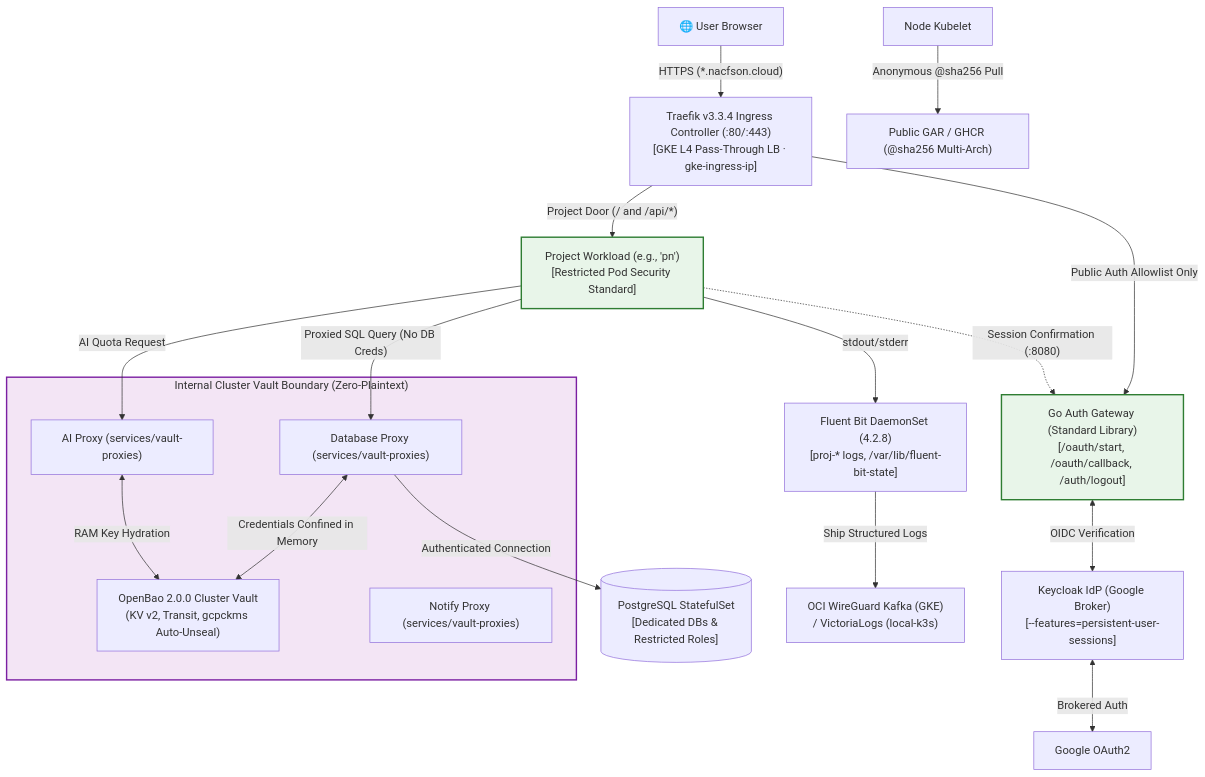
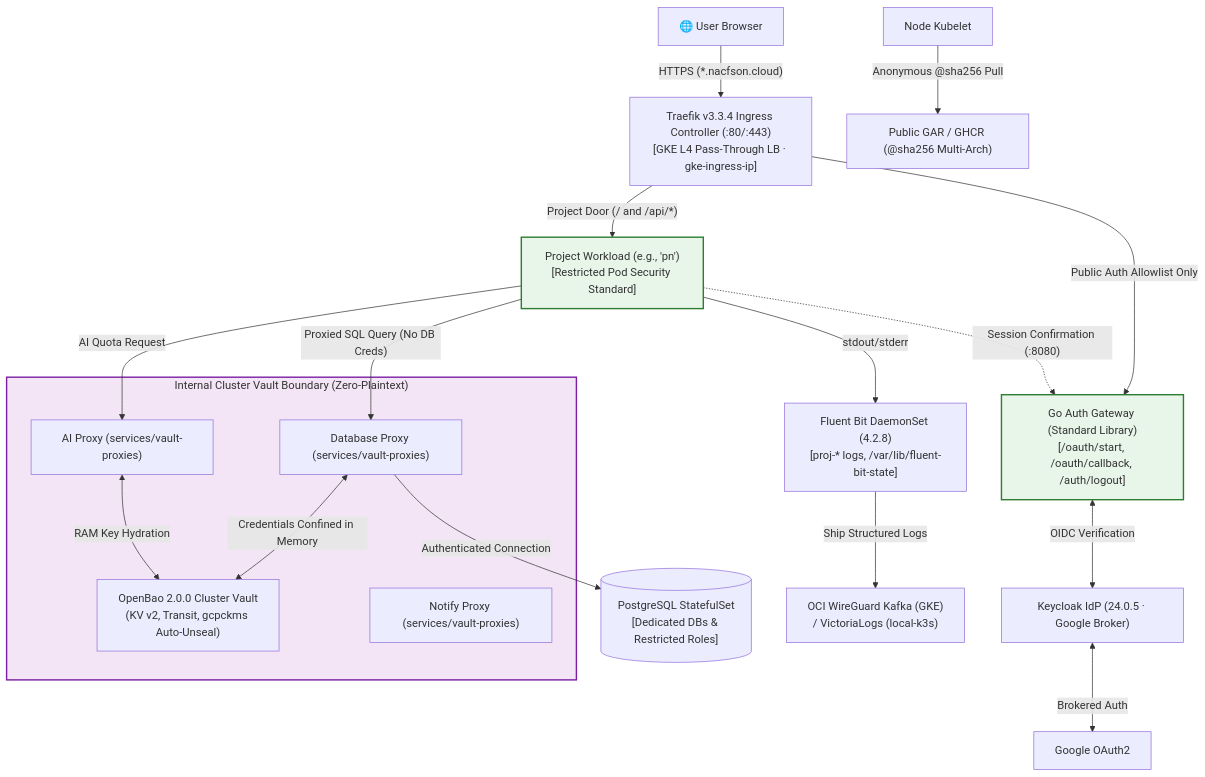
The first of 3 diagrams in README.md (nacfson/nacfson_pipeline), drawn with Mermaid before and after one commit. The commit also changed 8 other files, not shown here.

First line of the commit message:
fix(identity): remove unsupported kc25 persistent-user-sessions flag on Keycloak 24.0.5

````diff
--- a/README.md
+++ b/README.md
@@ -79,44 +79,44 @@
 ```mermaid
 flowchart TD
     User["🌐 User Browser"]
     Ingress["Traefik v3.3.4 Ingress Controller (:80/:443)<br/>[GKE L4 Pass-Through LB · gke-ingress-ip]"]
     Gateway["Go Auth Gateway (Standard Library)<br/>[/oauth/start, /oauth/callback, /auth/logout]"]
-    Keycloak["Keycloak IdP (Google Broker)<br/>[--features=persistent-user-sessions]"]
+    Keycloak["Keycloak IdP (24.0.5 · Google Broker)"]
     Google["Google OAuth2"]
     Workload["Project Workload (e.g., 'pn')<br/>[Restricted Pod Security Standard]"]
     
     subgraph ZeroPlaintextBoundary["Internal Cluster Vault Boundary (Zero-Plaintext)"]
         Vault["OpenBao 2.0.0 Cluster Vault<br/>(KV v2, Transit, gcpckms Auto-Unseal)"]
         DBProxy["Database Proxy (services/vault-proxies)"]
         AIProxy["AI Proxy (services/vault-proxies)"]
         NotifyProxy["Notify Proxy (services/vault-proxies)"]
     end
     
     Postgres[("PostgreSQL StatefulSet<br/>[Dedicated DBs & Restricted Roles]")]
     GAR["Public GAR / GHCR (@sha256 Multi-Arch)"]
     FB["Fluent Bit DaemonSet (4.2.8)<br/>[proj-* logs, /var/lib/fluent-bit-state]"]
     OCIKafka["OCI WireGuard Kafka (GKE)<br/>/ VictoriaLogs (local-k3s)"]
 
     User -->|"HTTPS (*.nacfson.cloud)"| Ingress
     Ingress -->|"Public Auth Allowlist Only"| Gateway
     Gateway <-->|"OIDC Verification"| Keycloak
     Keycloak <-->|"Brokered Auth"| Google
     Ingress -->|"Project Door (/ and /api/*)"| Workload
     Workload -.->|"Session Confirmation (:8080)"| Gateway
 
     Workload -->|"Proxied SQL Query (No DB Creds)"| DBProxy
     DBProxy <-->|"Credentials Confined in Memory"| Vault
     DBProxy -->|"Authenticated Connection"| Postgres
 
     Workload -->|"AI Quota Request"| AIProxy
     AIProxy <-->|"RAM Key Hydration"| Vault
 
     GKENode["Node Kubelet"] -->|"Anonymous @sha256 Pull"| GAR
     Workload -->|"stdout/stderr"| FB
     FB -->|"Ship Structured Logs"| OCIKafka
 
     classDef secure fill:#e8f5e9,stroke:#2e7d32,stroke-width:2px;
     classDef boundary fill:#f3e5f5,stroke:#7b1fa2,stroke-width:2px;
     class ZeroPlaintextBoundary boundary;
     class Gateway,Workload secure;
 ```
````
